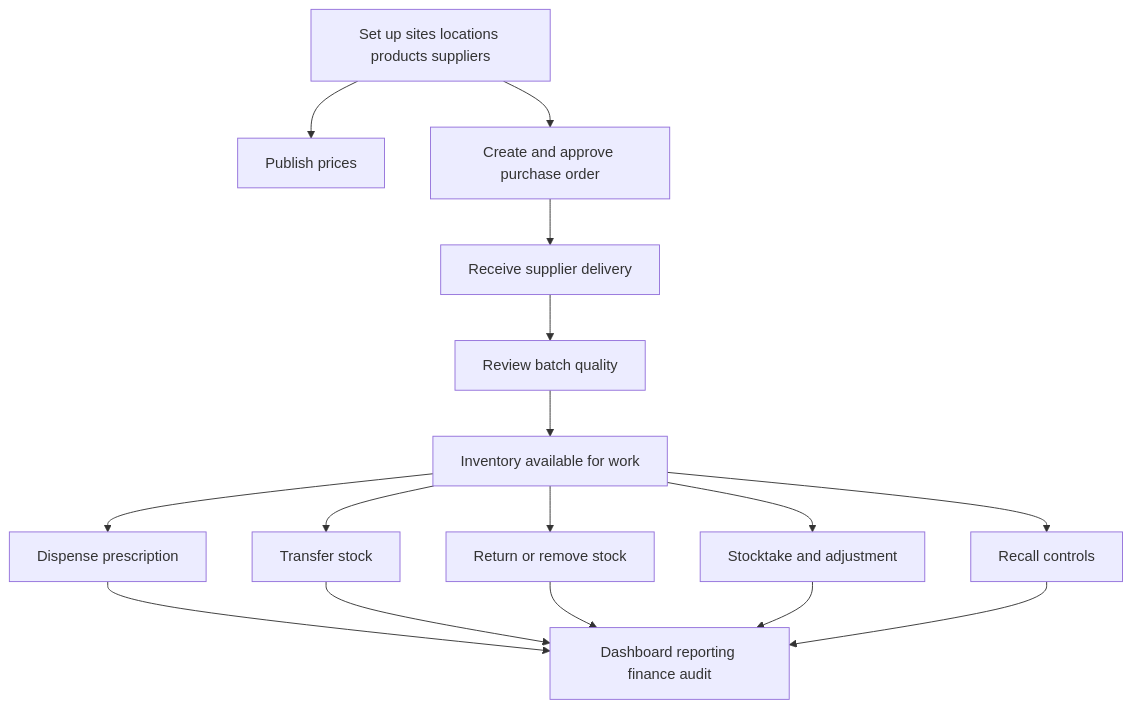
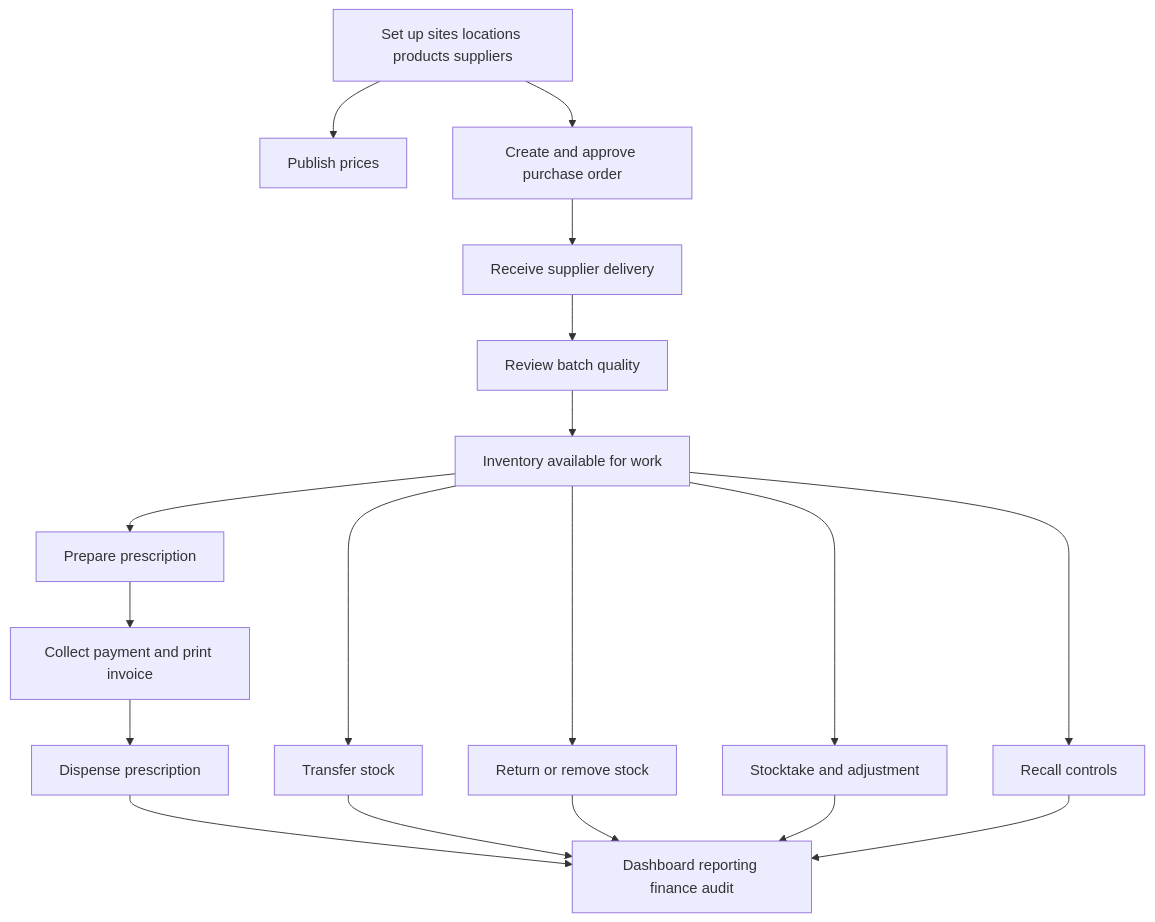
Before and after one commit to nielpattin/PharmacyCentral: the second of 2 diagrams in docs/UserGuide.md, drawn with Mermaid. The commit also changed other lines of this file and 58 other files, not shown here.

Commit message:
feat(payments): add invoice payment workflow

````diff
--- a/docs/UserGuide.md
+++ b/docs/UserGuide.md
@@ -63,18 +63,20 @@
 ```mermaid
 flowchart TD
     Setup[Set up sites locations products suppliers] --> Pricing[Publish prices]
     Setup --> PO[Create and approve purchase order]
     PO --> Receiving[Receive supplier delivery]
     Receiving --> Quality[Review batch quality]
     Quality --> Inventory[Inventory available for work]
-    Inventory --> Prescription[Dispense prescription]
+    Inventory --> Prescription[Prepare prescription]
+    Prescription --> Payment[Collect payment and print invoice]
+    Payment --> Dispense[Dispense prescription]
     Inventory --> Transfer[Transfer stock]
     Inventory --> Return[Return or remove stock]
     Inventory --> Stocktake[Stocktake and adjustment]
     Inventory --> Recall[Recall controls]
-    Prescription --> Dashboard[Dashboard reporting finance audit]
+    Dispense --> Dashboard[Dashboard reporting finance audit]
     Transfer --> Dashboard
     Return --> Dashboard
     Stocktake --> Dashboard
     Recall --> Dashboard
 ```
````
